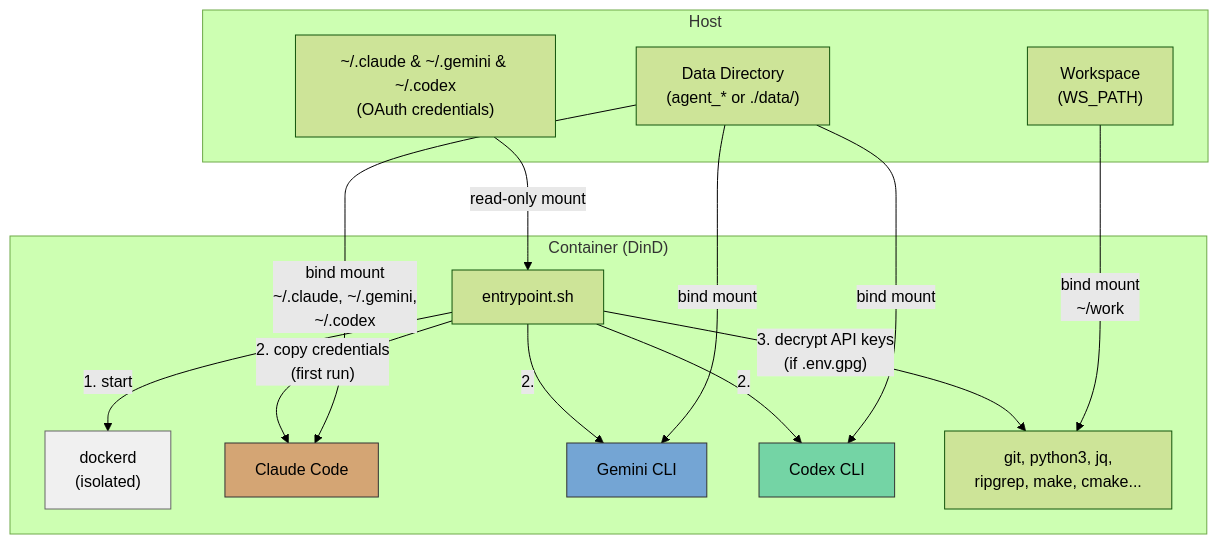
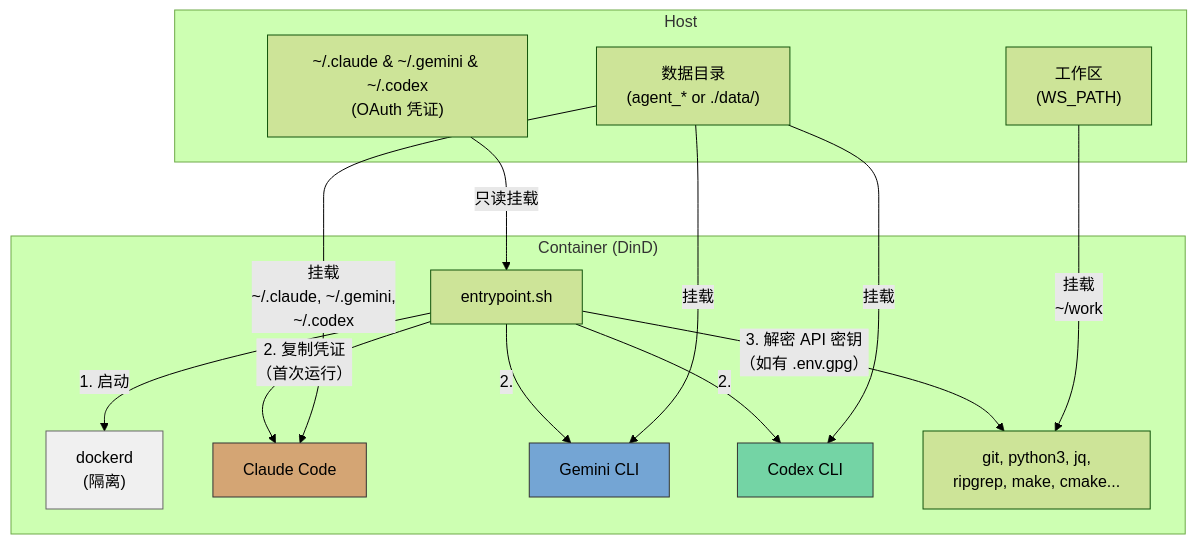
Before and after one commit to ycpss91255-docker/ai_agent: the first of 3 diagrams in doc/README.zh-CN.md, drawn with Mermaid (forest theme). The commit also changed other lines of this file and 2 other files, not shown here.

Commit message:
docs: keep 'smoke test' as proper noun in i18n
Do not translate 'smoke test' — it is a proper noun.

````diff
--- a/doc/README.zh-CN.md
+++ b/doc/README.zh-CN.md
@@ -42,34 +42,34 @@
 ```mermaid
 graph TB
     subgraph Host
-        H_OAuth["~/.claude & ~/.gemini & ~/.codex<br/>(OAuth credentials)"]
-        H_WS["Workspace<br/>(WS_PATH)"]
-        H_Data["Data Directory<br/>(agent_* or ./data/)"]
+        H_OAuth["~/.claude & ~/.gemini & ~/.codex<br/>(OAuth 凭证)"]
+        H_WS["工作区<br/>(WS_PATH)"]
+        H_Data["数据目录<br/>(agent_* or ./data/)"]
     end
 
     subgraph "Container (DinD)"
         EP["entrypoint.sh"]
-        DinD["dockerd<br/>(isolated)"]
+        DinD["dockerd<br/>(隔离)"]
         Claude["Claude Code"]
         Gemini["Gemini CLI"]
         Codex["Codex CLI"]
         Tools["git, python3, jq,<br/>ripgrep, make, cmake..."]
 
-        EP -->|"1. start"| DinD
-        EP -->|"2. copy credentials<br/>(first run)"| Claude
+        EP -->|"1. 启动"| DinD
+        EP -->|"2. 复制凭证<br/>（首次运行）"| Claude
         EP -->|"2."| Gemini
         EP -->|"2."| Codex
-        EP -->|"3. decrypt API keys<br/>(if .env.gpg)"| Tools
+        EP -->|"3. 解密 API 密钥<br/>（如有 .env.gpg）"| Tools
     end
 
-    H_OAuth -->|"read-only mount"| EP
-    H_WS -->|"bind mount<br/>~/work"| Tools
-    H_Data -->|"bind mount<br/>~/.claude, ~/.gemini,<br/>~/.codex"| Claude
-    H_Data -->|"bind mount"| Gemini
-    H_Data -->|"bind mount"| Codex
+    H_OAuth -->|"只读挂载"| EP
+    H_WS -->|"挂载<br/>~/work"| Tools
+    H_Data -->|"挂载<br/>~/.claude, ~/.gemini,<br/>~/.codex"| Claude
+    H_Data -->|"挂载"| Gemini
+    H_Data -->|"挂载"| Codex
 
     style DinD fill:#f0f0f0,stroke:#666
     style Claude fill:#d4a574,stroke:#333
     style Gemini fill:#74a5d4,stroke:#333
     style Codex fill:#74d4a5,stroke:#333
 ```
````
